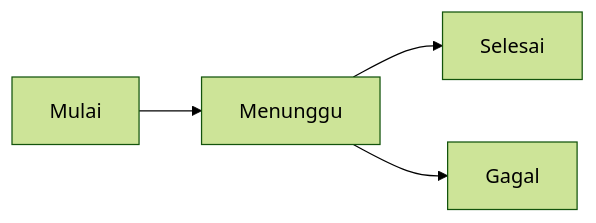
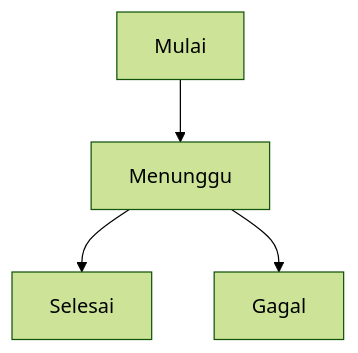
Before and after one commit to antonprafanto/mobile2026: the fourth of 5 diagrams in modul-04-state/README.md, drawn with Mermaid (forest theme). The commit also changed other lines of this file and 6 other files, not shown here.

Commit message:
Fix Modul 04 GitHub diagrams and add cited Flutter state illustrations so the article no longer looks broken.

````diff
--- a/modul-04-state/README.md
+++ b/modul-04-state/README.md
@@ -262,6 +274,6 @@
 ```mermaid
-flowchart LR
+flowchart TB
   Mulai --> Menunggu
   Menunggu --> Selesai
   Menunggu --> Gagal
 ```
````
